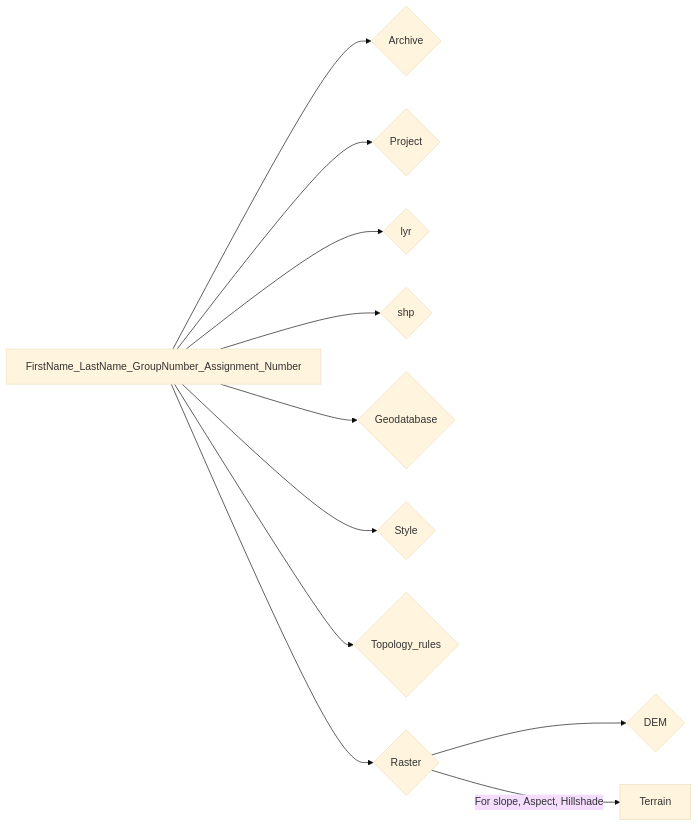
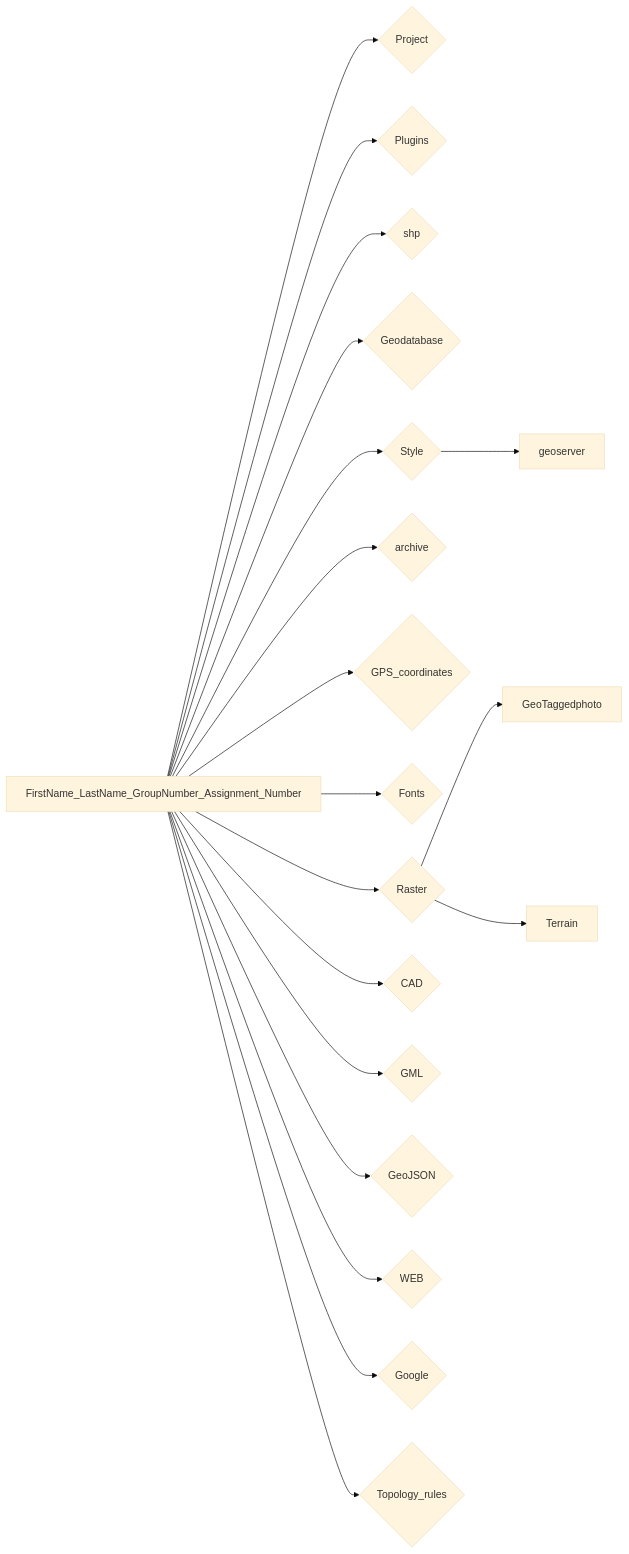
Before and after one commit to ezdanapak/GTU-GIS: the diagram in docs/GIS_SKA/Lab/Terrain_analysis.md, drawn with Mermaid (base theme). The commit also changed other lines of this file and 2 other files, not shown here.

````diff
--- a/docs/GIS_SKA/Lab/Terrain_analysis.md
+++ b/docs/GIS_SKA/Lab/Terrain_analysis.md
@@ -61,14 +86,23 @@
 ``` mermaid
 graph LR
-  A[FirstName_LastName_GroupNumber_Assignment_Number] --> B{Archive};
-  A[FirstName_LastName_GroupNumber_Assignment_Number] --> C{Project};
-  A[FirstName_LastName_GroupNumber_Assignment_Number] --> D{lyr};
-  A[FirstName_LastName_GroupNumber_Assignment_Number] --> E{shp};
-  A[FirstName_LastName_GroupNumber_Assignment_Number] --> F{Geodatabase};
-  A[FirstName_LastName_GroupNumber_Assignment_Number] --> G{Style};
-  A[FirstName_LastName_GroupNumber_Assignment_Number] --> H{Topology_rules};
-  A[FirstName_LastName_GroupNumber_Assignment_Number] --> I{Raster};
-  I --> J{DEM};
-  I -->|For slope, Aspect, Hillshade| K[Terrain];
+  A[FirstName_LastName_GroupNumber_Assignment_Number] --> B{Project};
+  A[FirstName_LastName_GroupNumber_Assignment_Number] --> C{Plugins};
+  A[FirstName_LastName_GroupNumber_Assignment_Number] --> D{shp};
+  A[FirstName_LastName_GroupNumber_Assignment_Number] --> E{Geodatabase};
+  A[FirstName_LastName_GroupNumber_Assignment_Number] --> F{Style};
+  A[FirstName_LastName_GroupNumber_Assignment_Number] --> G{archive};
+  A[FirstName_LastName_GroupNumber_Assignment_Number] --> H{GPS_coordinates};
+  A[FirstName_LastName_GroupNumber_Assignment_Number] --> I{Fonts};
+  A[FirstName_LastName_GroupNumber_Assignment_Number] --> J{Raster};
+  J --> K[GeoTaggedphoto];
+  A[FirstName_LastName_GroupNumber_Assignment_Number] --> L{CAD};
+  A[FirstName_LastName_GroupNumber_Assignment_Number] --> M{GML};
+  A[FirstName_LastName_GroupNumber_Assignment_Number] --> N{GeoJSON};
+  F --> O[geoserver];
+  A[FirstName_LastName_GroupNumber_Assignment_Number] --> P{WEB};
+  A[FirstName_LastName_GroupNumber_Assignment_Number] --> Q{Google};
+  A[FirstName_LastName_GroupNumber_Assignment_Number] --> R{Topology_rules};
+  J --> S[Terrain];
+
 
 ```
````
